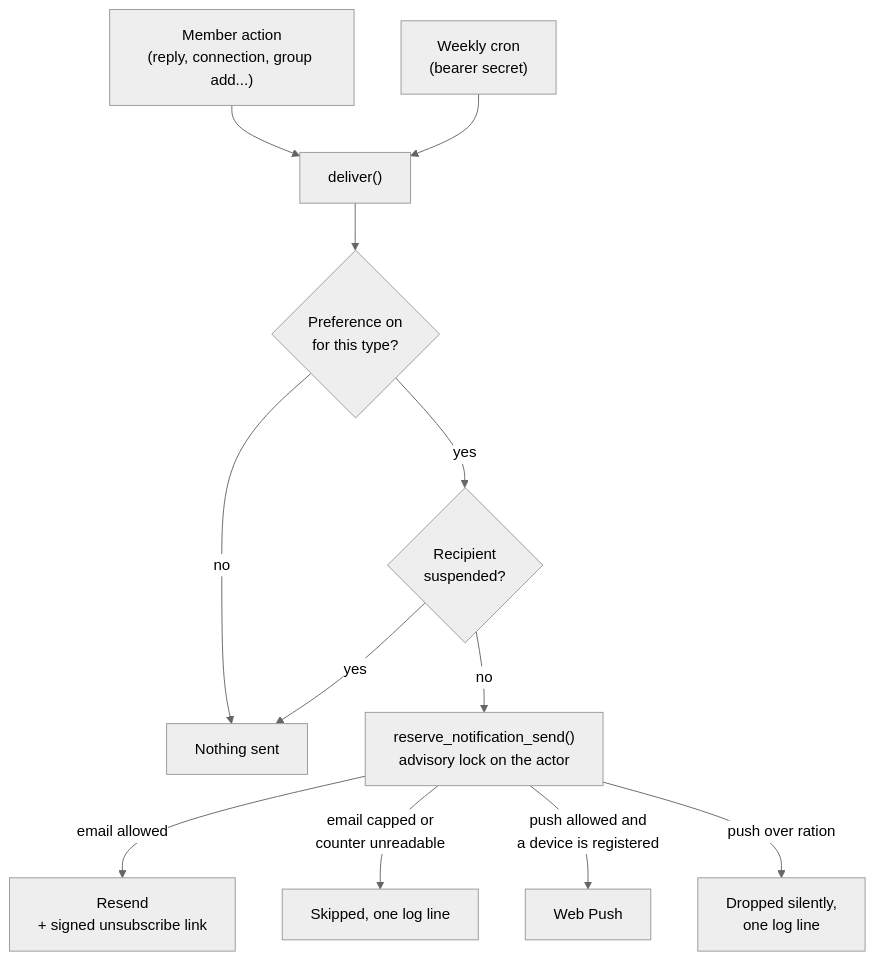
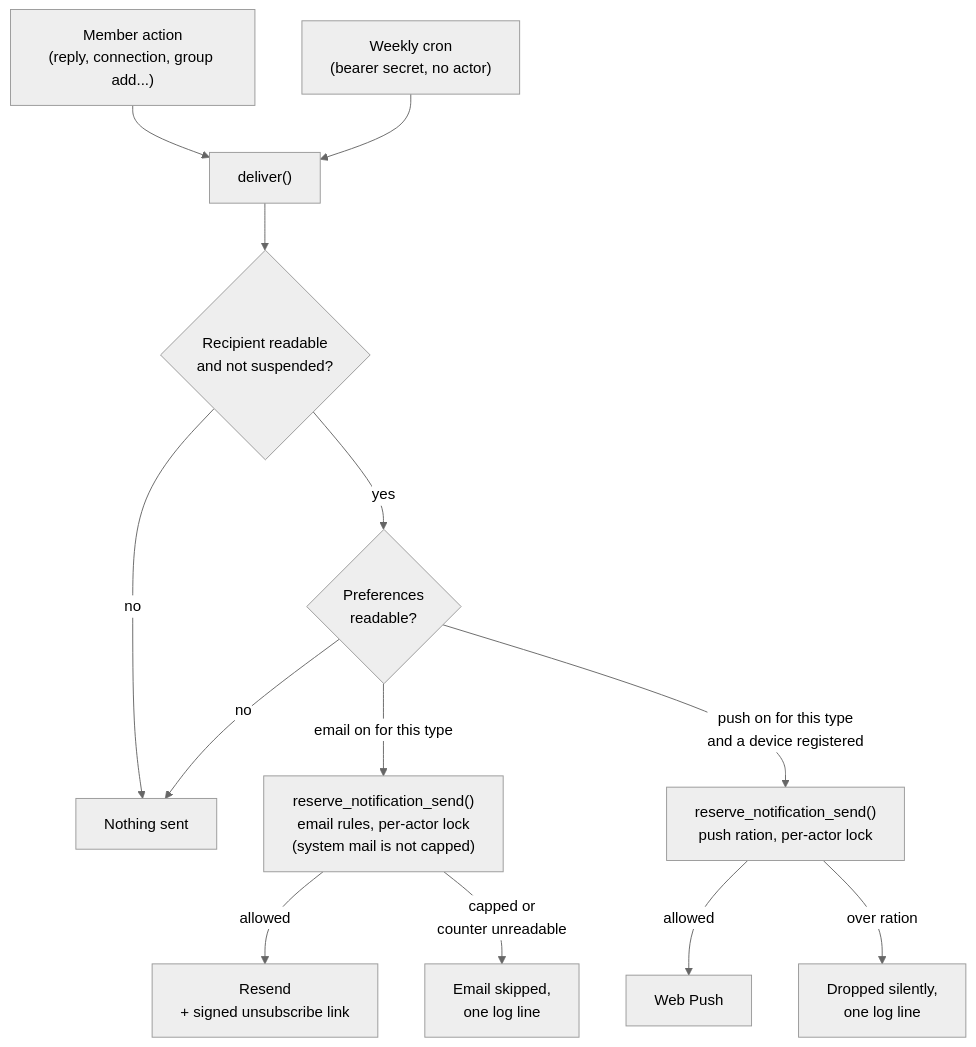
Before and after one commit to AIJSAI/on-the-lees-showcase: the fourth of 5 diagrams in docs/architecture.md, drawn with Mermaid (neutral theme). The commit also changed other lines of this file and 3 other files, not shown here.

````diff
--- a/docs/architecture.md
+++ b/docs/architecture.md
@@ -168,14 +150,15 @@
 ```mermaid
 flowchart TB
     ACT["Member action<br/>(reply, connection, group add...)"] --> DEL
-    CRON["Weekly cron<br/>(bearer secret)"] --> DEL
-    DEL["deliver()"] --> PREF{"Preference on<br/>for this type?"}
-    PREF -->|"no"| SKIP["Nothing sent"]
-    PREF -->|"yes"| SUS{"Recipient<br/>suspended?"}
-    SUS -->|"yes"| SKIP
-    SUS -->|"no"| RES["reserve_notification_send()<br/>advisory lock on the actor"]
-    RES -->|"email allowed"| MAIL["Resend<br/>+ signed unsubscribe link"]
-    RES -->|"email capped or<br/>counter unreadable"| LOG["Skipped, one log line"]
-    RES -->|"push allowed and<br/>a device is registered"| PUSH["Web Push"]
-    RES -->|"push over ration"| DROP["Dropped silently,<br/>one log line"]
+    CRON["Weekly cron<br/>(bearer secret, no actor)"] --> DEL
+    DEL["deliver()"] --> SUS{"Recipient readable<br/>and not suspended?"}
+    SUS -->|"no"| SKIP["Nothing sent"]
+    SUS -->|"yes"| PREF{"Preferences<br/>readable?"}
+    PREF -->|"no"| SKIP
+    PREF -->|"email on for this type"| ERES["reserve_notification_send()<br/>email rules, per-actor lock<br/>(system mail is not capped)"]
+    PREF -->|"push on for this type<br/>and a device registered"| PRES["reserve_notification_send()<br/>push ration, per-actor lock"]
+    ERES -->|"allowed"| MAIL["Resend<br/>+ signed unsubscribe link"]
+    ERES -->|"capped or<br/>counter unreadable"| LOG["Email skipped,<br/>one log line"]
+    PRES -->|"allowed"| PUSH["Web Push"]
+    PRES -->|"over ration"| DROP["Dropped silently,<br/>one log line"]
 ```
````
